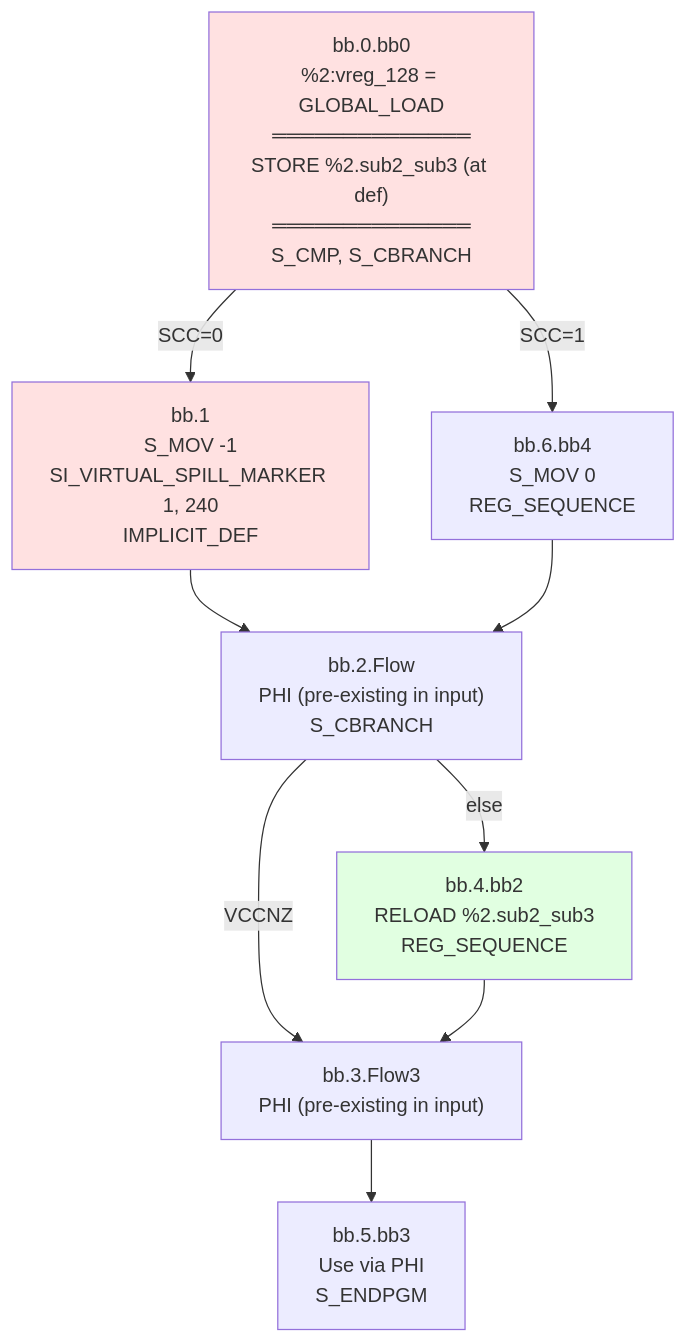
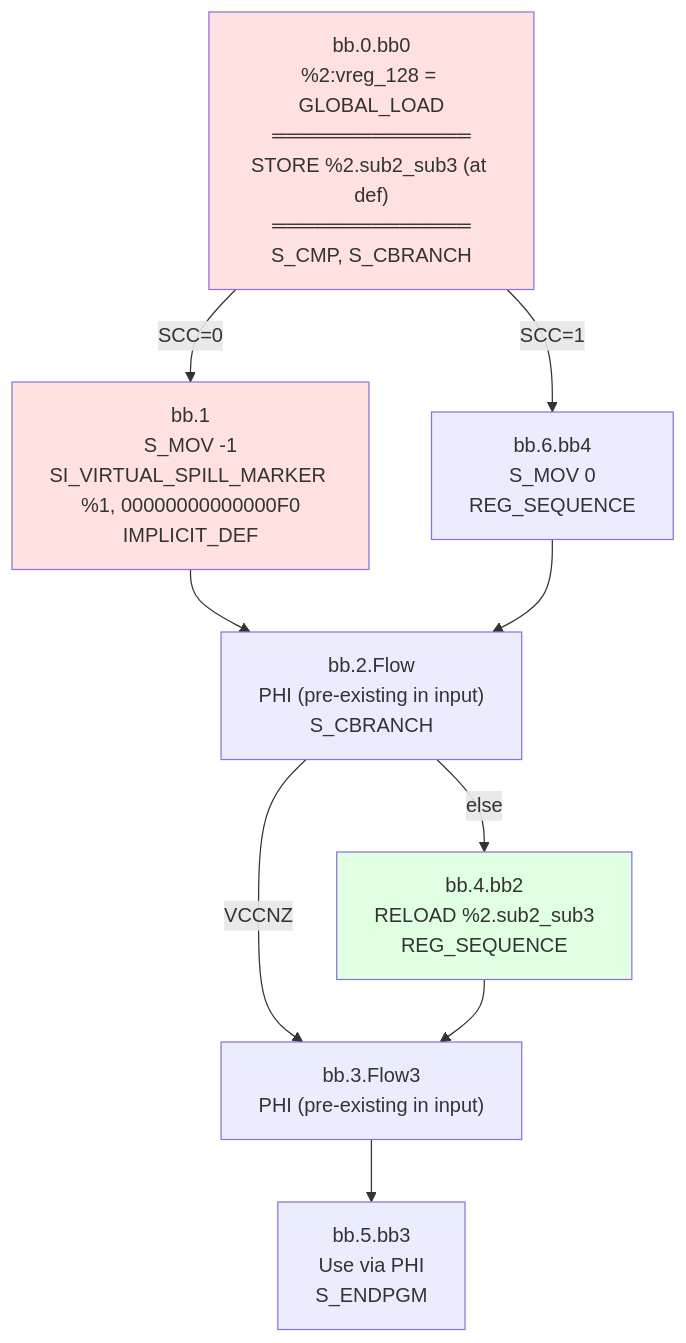
The third of 10 diagrams in SSA_Spiller/05-Testing/SSA_Spiller/SSA_SPILLER_TEST_PATTERNS.md (alex-t/ssa-spiller-docs), drawn with Mermaid before and after one commit. The commit also changed other lines of this file and 2 other files, not shown here.

````diff
--- a/SSA_Spiller/05-Testing/SSA_Spiller/SSA_SPILLER_TEST_PATTERNS.md
+++ b/SSA_Spiller/05-Testing/SSA_Spiller/SSA_SPILLER_TEST_PATTERNS.md
@@ -162,23 +162,23 @@
 ```mermaid
 graph TD
     BB0["bb.0.bb0<br/>%2:vreg_128 = GLOBAL_LOAD<br/>══════════════<br/>STORE %2.sub2_sub3 (at def)<br/>══════════════<br/>S_CMP, S_CBRANCH"]
-    BB1["bb.1<br/>S_MOV -1<br/>SI_VIRTUAL_SPILL_MARKER 1, 240<br/>IMPLICIT_DEF"]
+    BB1["bb.1<br/>S_MOV -1<br/>SI_VIRTUAL_SPILL_MARKER %1, 00000000000000F0<br/>IMPLICIT_DEF"]
     BB6["bb.6.bb4<br/>S_MOV 0<br/>REG_SEQUENCE"]
     BB2["bb.2.Flow<br/>PHI (pre-existing in input)<br/>S_CBRANCH"]
     BB4["bb.4.bb2<br/>RELOAD %2.sub2_sub3<br/>REG_SEQUENCE"]
     BB3["bb.3.Flow3<br/>PHI (pre-existing in input)"]
     BB5["bb.5.bb3<br/>Use via PHI<br/>S_ENDPGM"]
     
     BB0 -->|SCC=1| BB6
     BB0 -->|SCC=0| BB1
     BB1 --> BB2
     BB6 --> BB2
     BB2 -->|VCCNZ| BB3
     BB2 -->|else| BB4
     BB4 --> BB3
     BB3 --> BB5
     
     style BB0 fill:#ffe1e1
     style BB1 fill:#ffe1e1
     style BB4 fill:#e1ffe1
 ```
````
